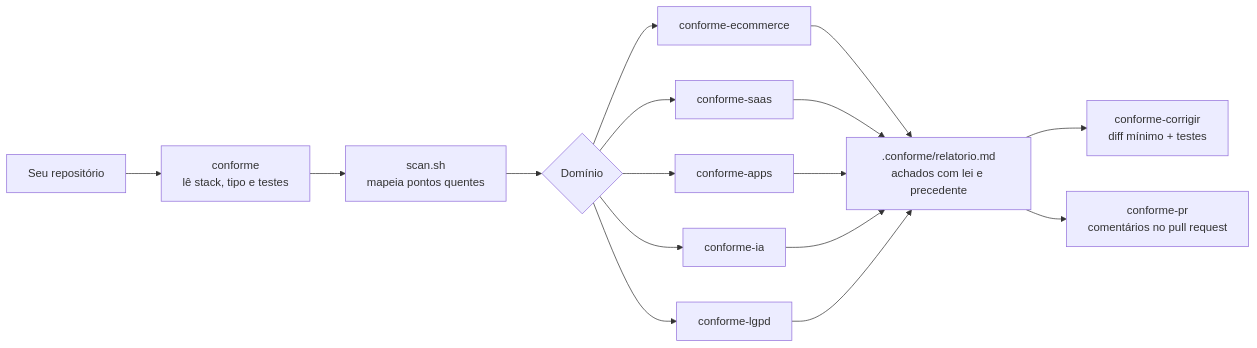
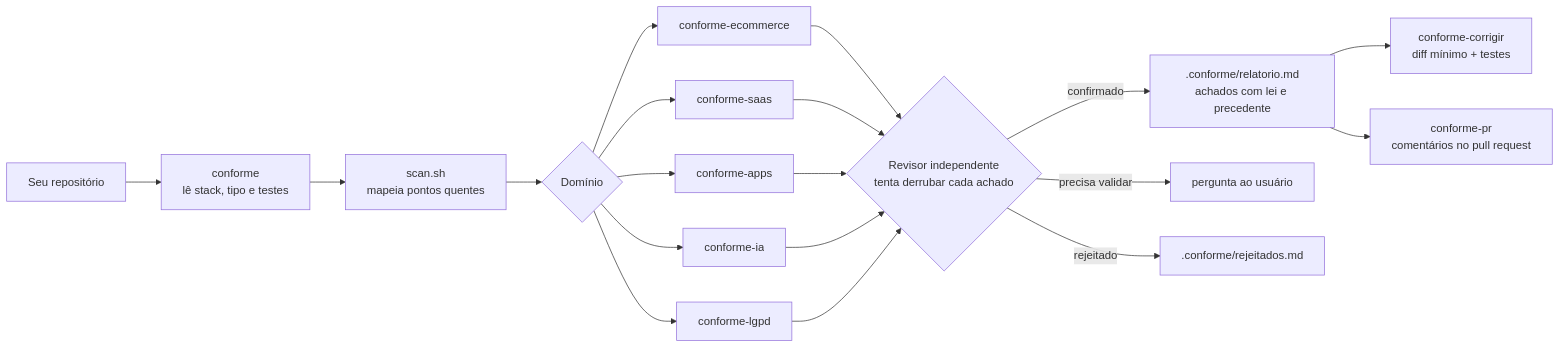
The diagram in README.md (manoagois/conforme), drawn with Mermaid before and after one commit. The commit also changed other lines of this file and 12 other files, not shown here.

First line of the commit message:
feat: revisão independente de achados e fechamento em quatro listas (0.2.0)

````diff
--- a/README.md
+++ b/README.md
@@ -44,14 +46,17 @@
 ```mermaid
 flowchart LR
     A[Seu repositório] --> B[conforme<br/>lê stack, tipo e testes]
     B --> C[scan.sh<br/>mapeia pontos quentes]
     C --> D{Domínio}
     D --> E[conforme-ecommerce]
     D --> F[conforme-saas]
     D --> G[conforme-apps]
     D --> H[conforme-ia]
     D --> I[conforme-lgpd]
-    E & F & G & H & I --> J[.conforme/relatorio.md<br/>achados com lei e precedente]
+    E & F & G & H & I --> R{Revisor independente<br/>tenta derrubar cada achado}
+    R -- confirmado --> J[.conforme/relatorio.md<br/>achados com lei e precedente]
+    R -- precisa validar --> Q[pergunta ao usuário]
+    R -- rejeitado --> X[.conforme/rejeitados.md]
     J --> K[conforme-corrigir<br/>diff mínimo + testes]
     J --> L[conforme-pr<br/>comentários no pull request]
 ```
````
